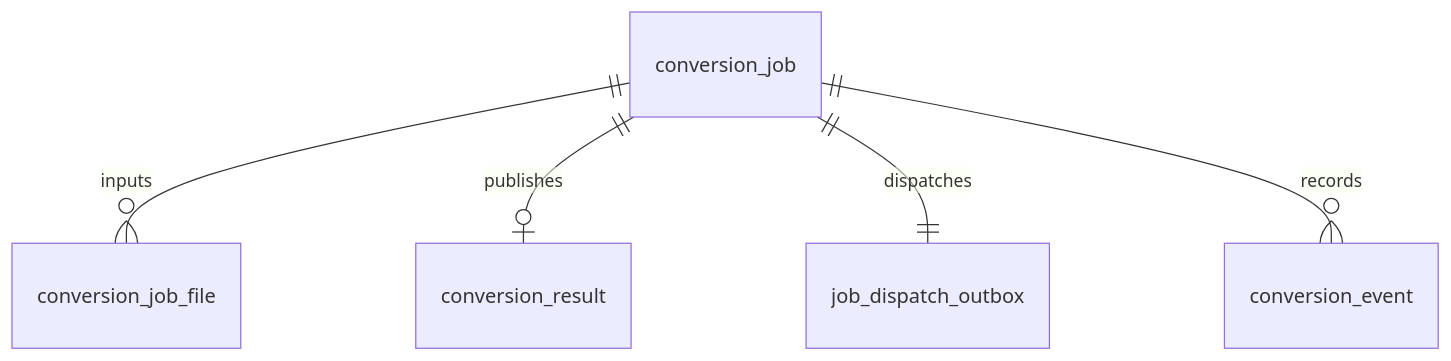
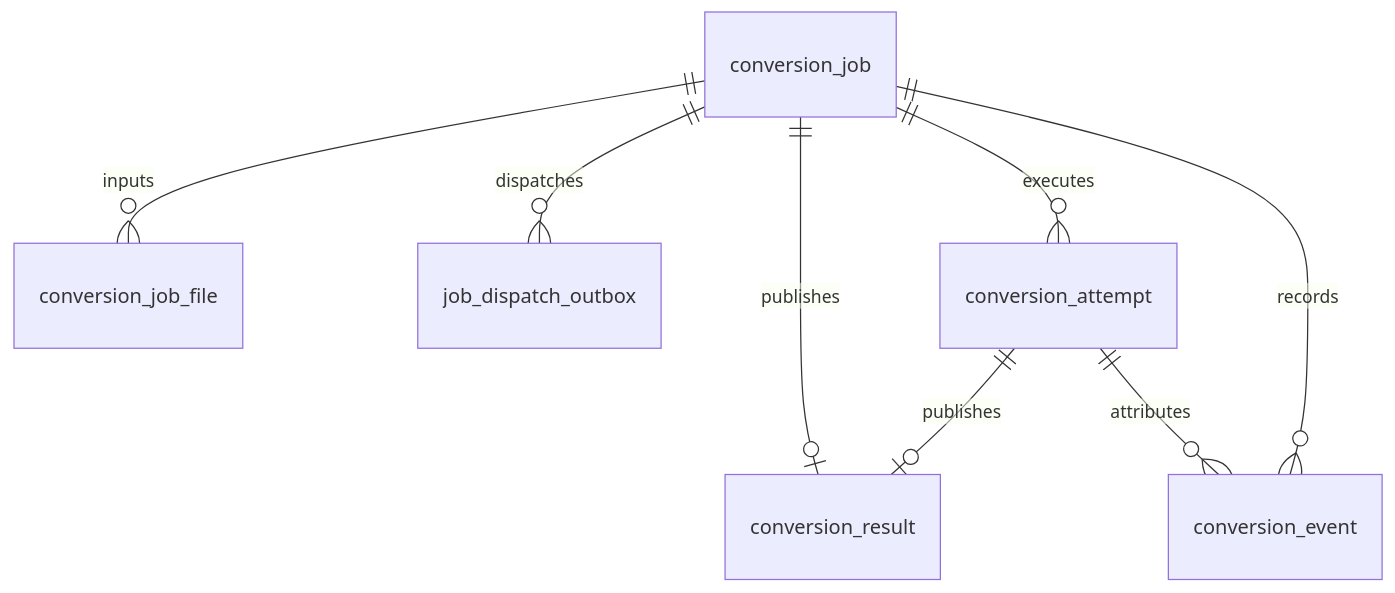
One commit to HeoSeongbin/ConvertFlow changed the second of 2 diagrams in docs/ARCHITECTURE.md. Above: the diagram before and after it, drawn with Mermaid. The commit also changed other lines of this file and 31 other files, not shown here.

````diff
--- a/docs/ARCHITECTURE.md
+++ b/docs/ARCHITECTURE.md
@@ -27,7 +27,10 @@
 ```mermaid
 erDiagram
   conversion_job ||--o{ conversion_job_file : inputs
   conversion_job ||--o| conversion_result : publishes
-  conversion_job ||--|| job_dispatch_outbox : dispatches
+  conversion_job ||--o{ job_dispatch_outbox : dispatches
+  conversion_job ||--o{ conversion_attempt : executes
+  conversion_attempt ||--o{ conversion_event : attributes
+  conversion_attempt ||--o| conversion_result : publishes
   conversion_job ||--o{ conversion_event : records
 ```
````
